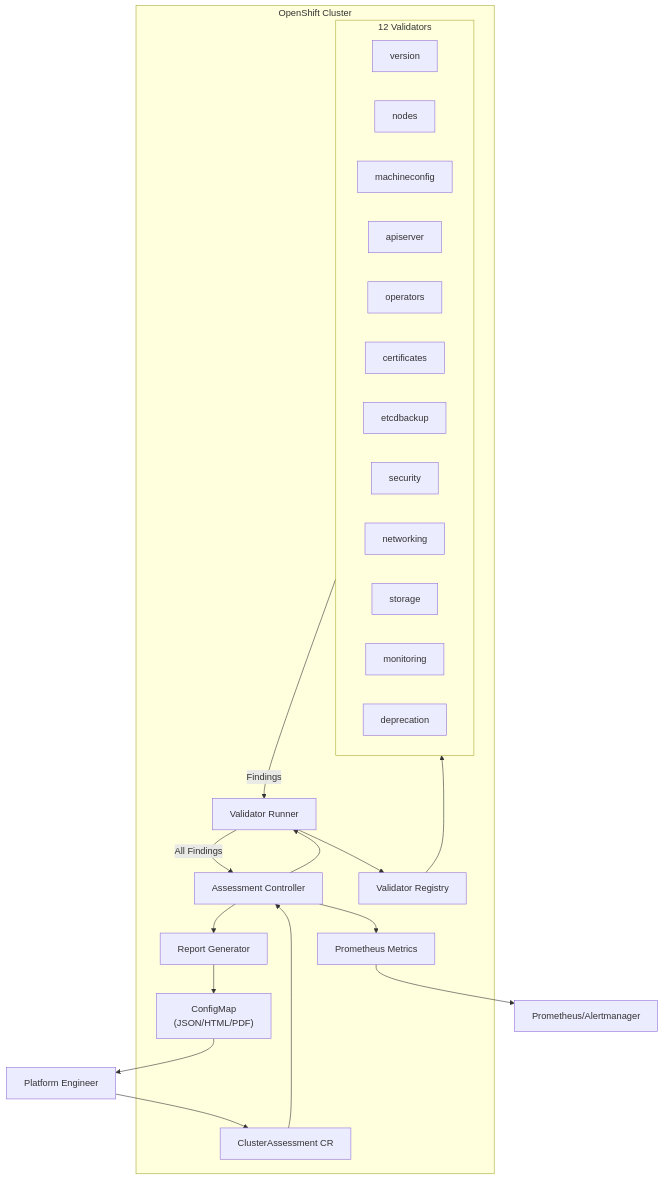
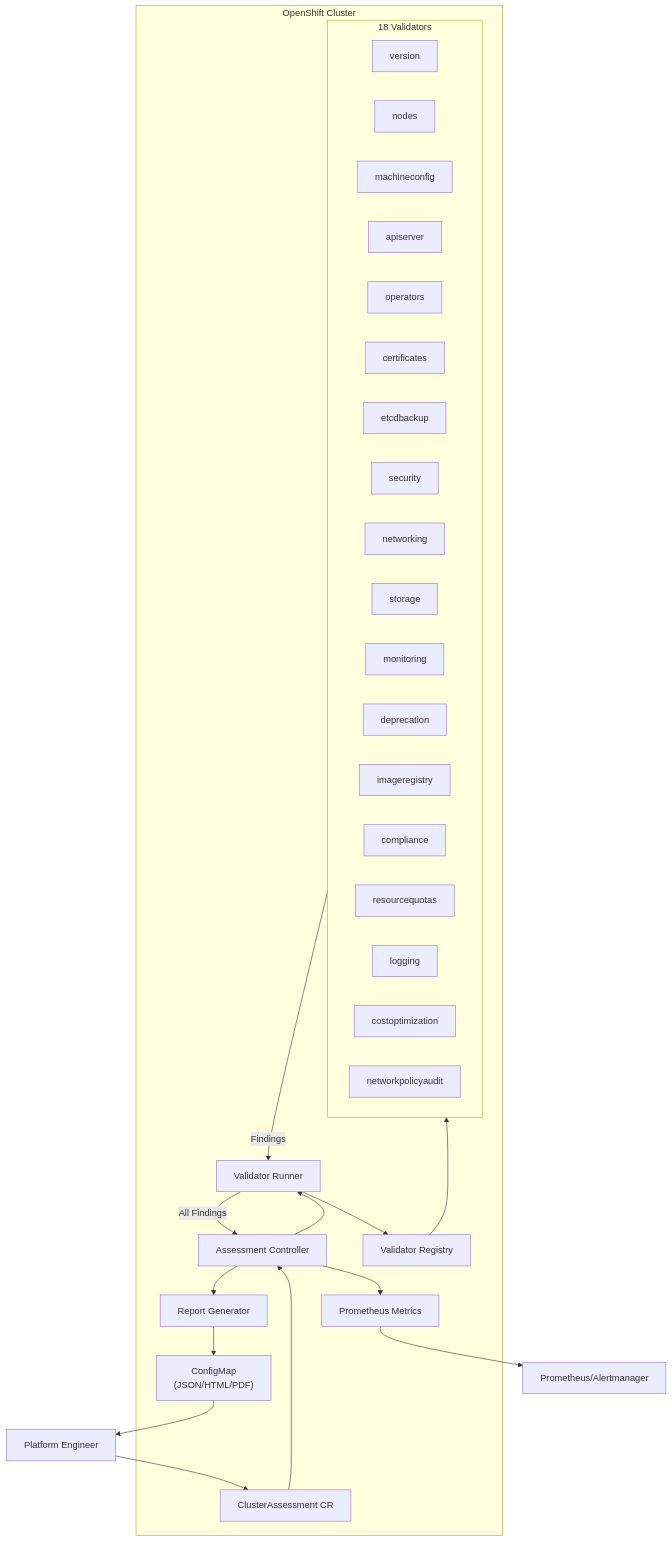
One commit to DiegoBskt/cluster-assessment-operator changed the first of 10 diagrams in docs/architecture.md. Above: the diagram before and after it, drawn with Mermaid. The commit also changed other lines of this file and 20 other files, not shown here.

````diff
--- a/docs/architecture.md
+++ b/docs/architecture.md
@@ -7,42 +7,48 @@
 ```mermaid
 flowchart TB
     subgraph Kubernetes["OpenShift Cluster"]
         CR["ClusterAssessment CR"]
         Controller["Assessment Controller"]
         Registry["Validator Registry"]
         
-        subgraph Validators["12 Validators"]
+        subgraph Validators["18 Validators"]
             direction LR
             V1["version"]
             V2["nodes"]
             V3["machineconfig"]
             V4["apiserver"]
             V5["operators"]
             V6["certificates"]
             V7["etcdbackup"]
             V8["security"]
             V9["networking"]
             V10["storage"]
             V11["monitoring"]
             V12["deprecation"]
+            V13["imageregistry"]
+            V14["compliance"]
+            V15["resourcequotas"]
+            V16["logging"]
+            V17["costoptimization"]
+            V18["networkpolicyaudit"]
         end
         
         Runner["Validator Runner"]
         Reporter["Report Generator"]
         ConfigMap["ConfigMap\n(JSON/HTML/PDF)"]
         Metrics["Prometheus Metrics"]
     end
     
     User["Platform Engineer"] --> CR
     CR --> Controller
     Controller --> Runner
     Runner --> Registry
     Registry --> Validators
     Validators -->|Findings| Runner
     Runner -->|All Findings| Controller
     Controller --> Reporter
     Reporter --> ConfigMap
     Controller --> Metrics
     ConfigMap --> User
     Metrics --> Prometheus["Prometheus/Alertmanager"]
 ```
````
